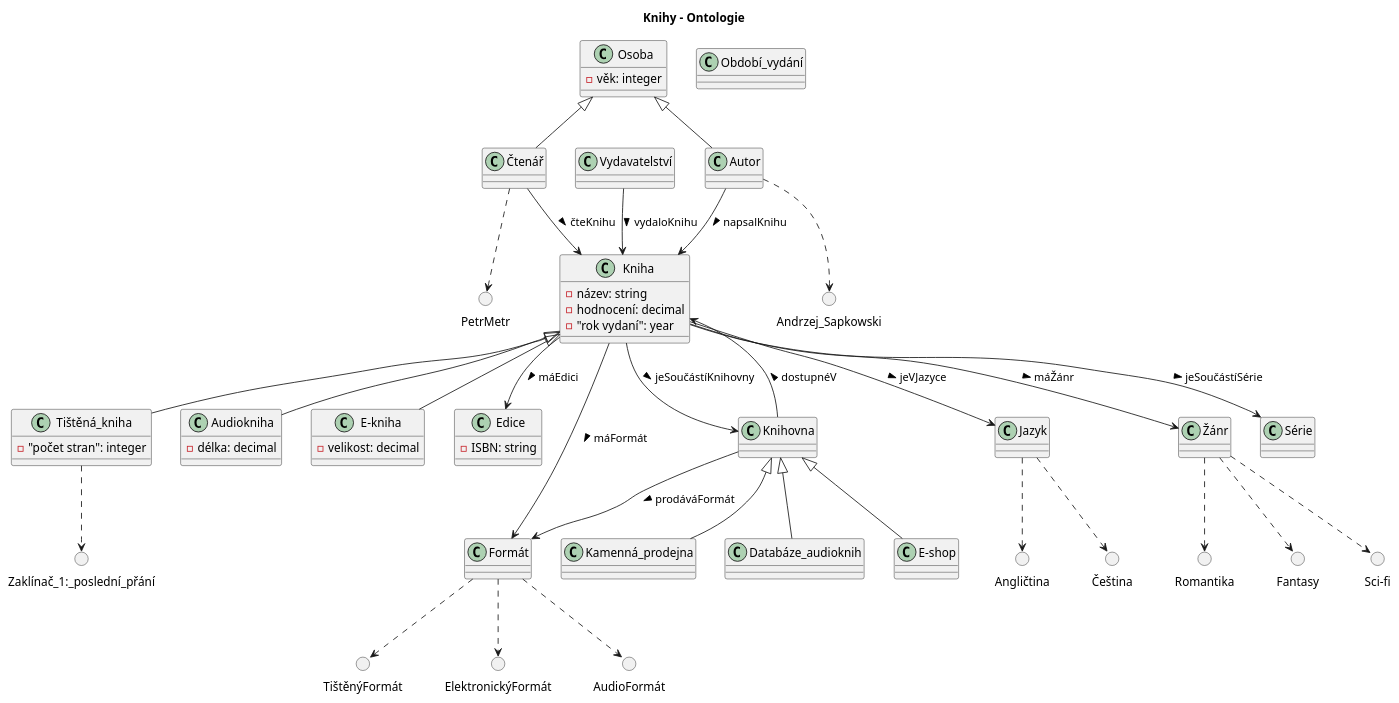
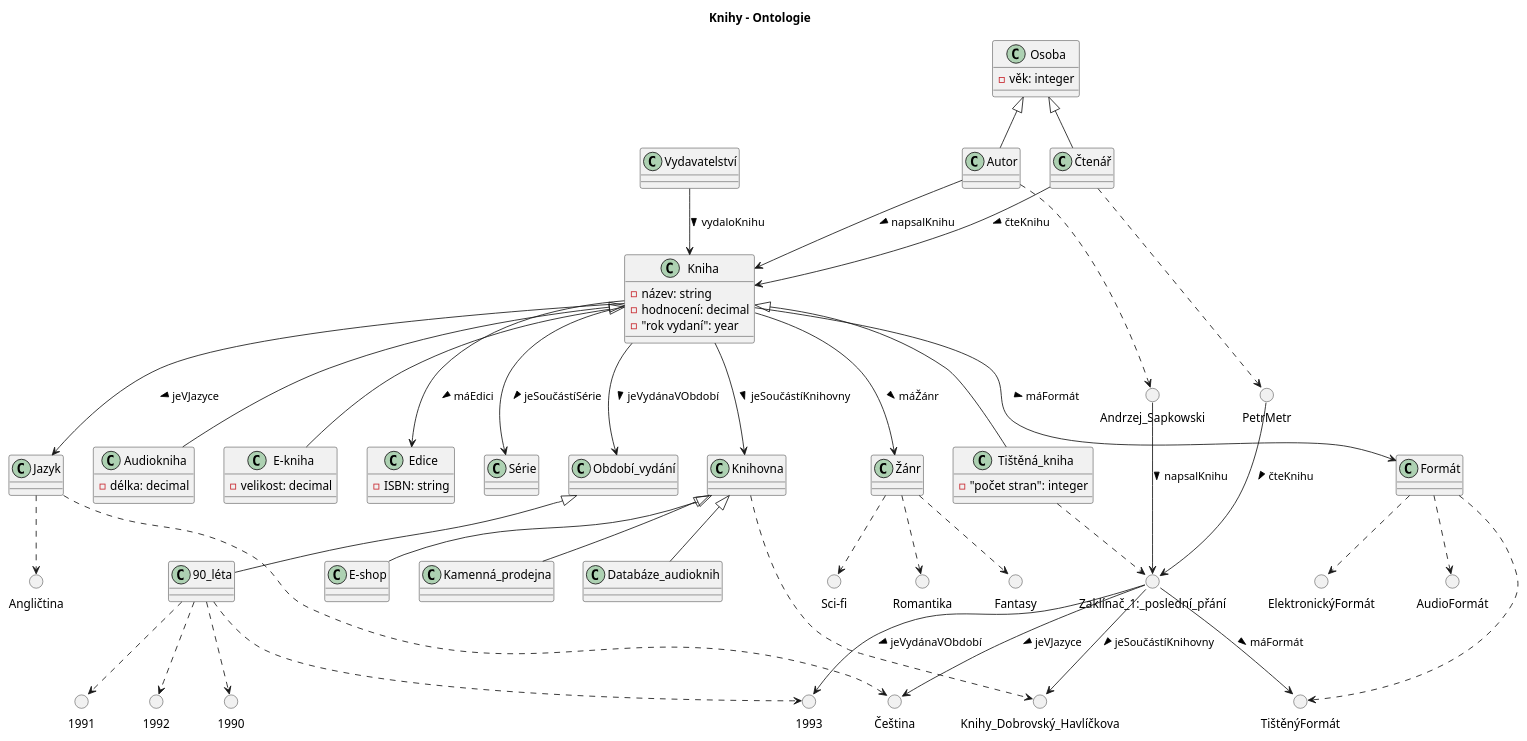
Before and after one commit to maxa-ondrej/4IZ232-umela-inteligence: the diagram in protege/analyza/ontologie.puml, drawn with PlantUML.

Commit message:
Enhance ontology by adding relationships for 'PetrMetr', 'Andrzej_Sapkowski', and 'Knihy_Dobrovský_Havlíčkova'; define publication period for 'Zaklínač_1:_poslední_přání'.

```diff
--- a/protege/analyza/ontologie.puml
+++ b/protege/analyza/ontologie.puml
@@ -1,92 +1,110 @@
 @startuml
 
 title Knihy - Ontologie
     
 class "Kniha" {
     - název: string
     - hodnocení: decimal
     - "rok vydaní": year
 }
 
 class "Tištěná_kniha" {
     - "počet stran": integer
 }
 Kniha <|-- "Tištěná_kniha"
 () "Zaklínač_1:_poslední_přání"
 "Tištěná_kniha" ..> "Zaklínač_1:_poslední_přání"
 
 
 class "Audiokniha" {
     - délka: decimal
 }
 Kniha <|-- "Audiokniha"
 
 class "E-kniha" {
     - velikost: decimal
 }
 Kniha <|-- "E-kniha"
 
 class "Osoba" {
     - věk: integer
 }
 
 class "Čtenář"
 Osoba <|-- "Čtenář"
 "Čtenář" --> "Kniha" : čteKnihu >
 () "PetrMetr"
 "Čtenář" ..> "PetrMetr"
+"PetrMetr" --> "Zaklínač_1:_poslední_přání" : čteKnihu >
 
 class "Autor"
 Osoba <|-- "Autor"
 "Autor" --> "Kniha" : napsalKnihu >
 () "Andrzej_Sapkowski"
 "Autor" ..> "Andrzej_Sapkowski"
+"Andrzej_Sapkowski" --> "Zaklínač_1:_poslední_přání" : napsalKnihu >
 
 class "Edice" {
     - ISBN: string
 }
 "Kniha" --> "Edice" : máEdici >
 
 class "Formát"
 "Kniha" --> "Formát" : máFormát >
 () "TištěnýFormát"
 "Formát" ..> "TištěnýFormát"
+"Zaklínač_1:_poslední_přání" --> "TištěnýFormát" : máFormát >
 () "ElektronickýFormát"
 "Formát" ..> "ElektronickýFormát"
 () "AudioFormát"
 "Formát" ..> "AudioFormát"
 
 class "Jazyk"
 "Kniha" --> "Jazyk" : jeVJazyce >
 () "Čeština"
 "Jazyk" ..> "Čeština"
+"Zaklínač_1:_poslední_přání" --> "Čeština" : jeVJazyce >
 () "Angličtina"
 "Jazyk" ..> "Angličtina"
 
 class "Knihovna"
-"Knihovna" --> "Kniha" : dostupnéV >
 "Kniha" --> "Knihovna" : jeSoučástíKnihovny >
-"Knihovna" --> "Formát" : prodáváFormát >
 class "Databáze_audioknih"
 Knihovna <|-- "Databáze_audioknih"
 class "E-shop"
 Knihovna <|-- "E-shop"
 class "Kamenná_prodejna"
 Knihovna <|-- "Kamenná_prodejna"
+() "Knihy_Dobrovský_Havlíčkova"
+"Knihovna" ..> "Knihy_Dobrovský_Havlíčkova"
+"Zaklínač_1:_poslední_přání" --> "Knihy_Dobrovský_Havlíčkova" : jeSoučástíKnihovny >
 
 class "Žánr"
 "Kniha" --> "Žánr" : máŽánr >
 () "Fantasy"
 "Žánr" ..> "Fantasy"
 () "Sci-fi"
 "Žánr" ..> "Sci-fi"
 () "Romantika"
 "Žánr" ..> "Romantika"
 
 class "Období_vydání"
+"Kniha" --> "Období_vydání" : jeVydánaVObdobí >
+class "90_léta"
+"Období_vydání" <|-- "90_léta"
+() "1990"
+"90_léta" ..> "1990"
+() "1991"
+"90_léta" ..> "1991"
+() "1992"
+"90_léta" ..> "1992"
+() "1993"
+"90_léta" ..> "1993"
+"Zaklínač_1:_poslední_přání" --> "1993" : jeVydánaVObdobí >
+
 class "Série"
 "Kniha" --> "Série" : jeSoučástíSérie >
 class "Vydavatelství"
 "Vydavatelství" --> "Kniha" : vydaloKnihu >
 
 @enduml
```
